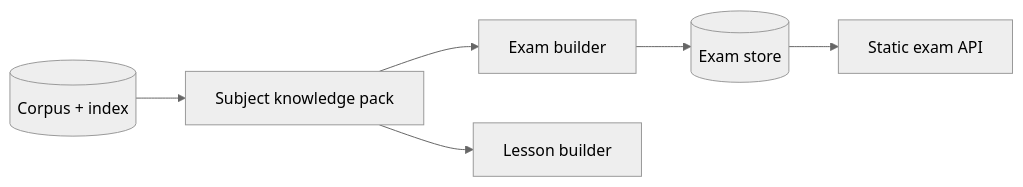
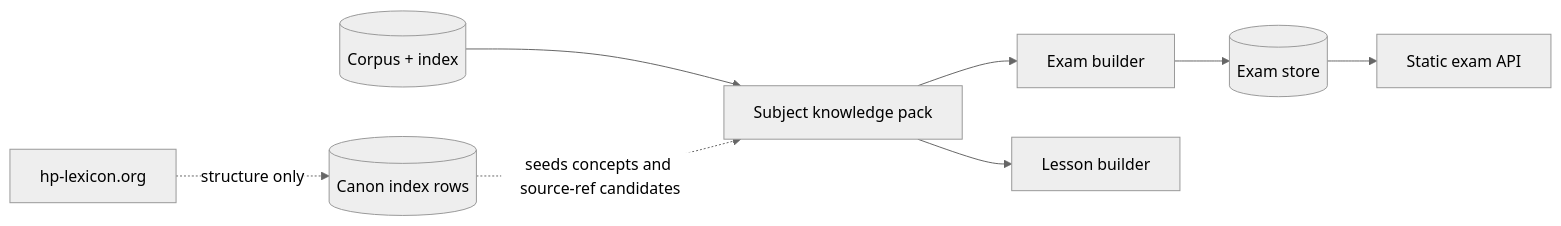
The sixth of 6 diagrams in docs/architecture.md (monitus2022/owl-online), drawn with Mermaid (neutral theme) before and after one commit. The commit also changed other lines of this file and 3 other files, not shown here.

Commit message:
docs: fold the Lexicon canon index into the architecture, workplan and agent guide (#125)

````diff
--- a/docs/architecture.md
+++ b/docs/architecture.md
@@ -476,8 +478,10 @@
 ```mermaid
 flowchart LR
+  SITE[hp-lexicon.org] -. structure only .-> LEX[(Canon index rows)]
   CORP[(Corpus + index)] --> PACK[Subject knowledge pack]
+  LEX -. seeds concepts and source-ref candidates .-> PACK
   PACK --> EXAM[Exam builder]
   PACK --> LESSON[Lesson builder]
   EXAM --> DB[(Exam store)]
   DB --> API[Static exam API]
 ```
````
